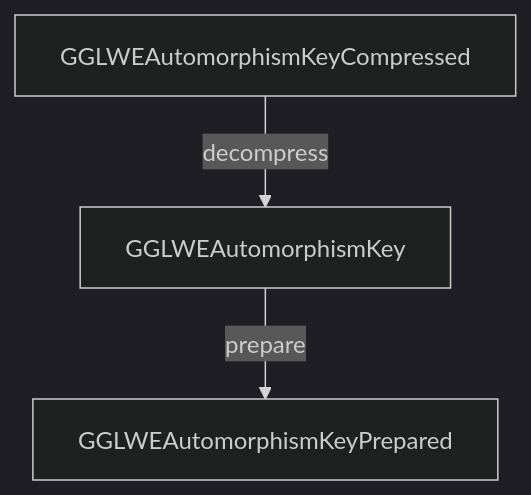
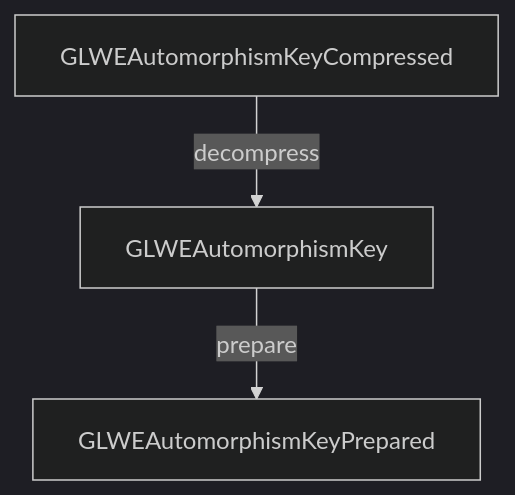
Before and after one commit to poulpy-fhe/poulpy: the diagram in poulpy-core/README.md, drawn with Mermaid (dark theme). The commit also changed other lines of this file and 187 other files, not shown here.

````diff
--- a/poulpy-core/README.md
+++ b/poulpy-core/README.md
@@ -92,4 +92,4 @@
 ```mermaid
 flowchart TD
-    A[GGLWEAutomorphismKeyCompressed]-->|decompress|B[GGLWEAutomorphismKey]-->|prepare|C[GGLWEAutomorphismKeyPrepared]
+    A[GLWEAutomorphismKeyCompressed]-->|decompress|B[GLWEAutomorphismKey]-->|prepare|C[GLWEAutomorphismKeyPrepared]
 ```
````
